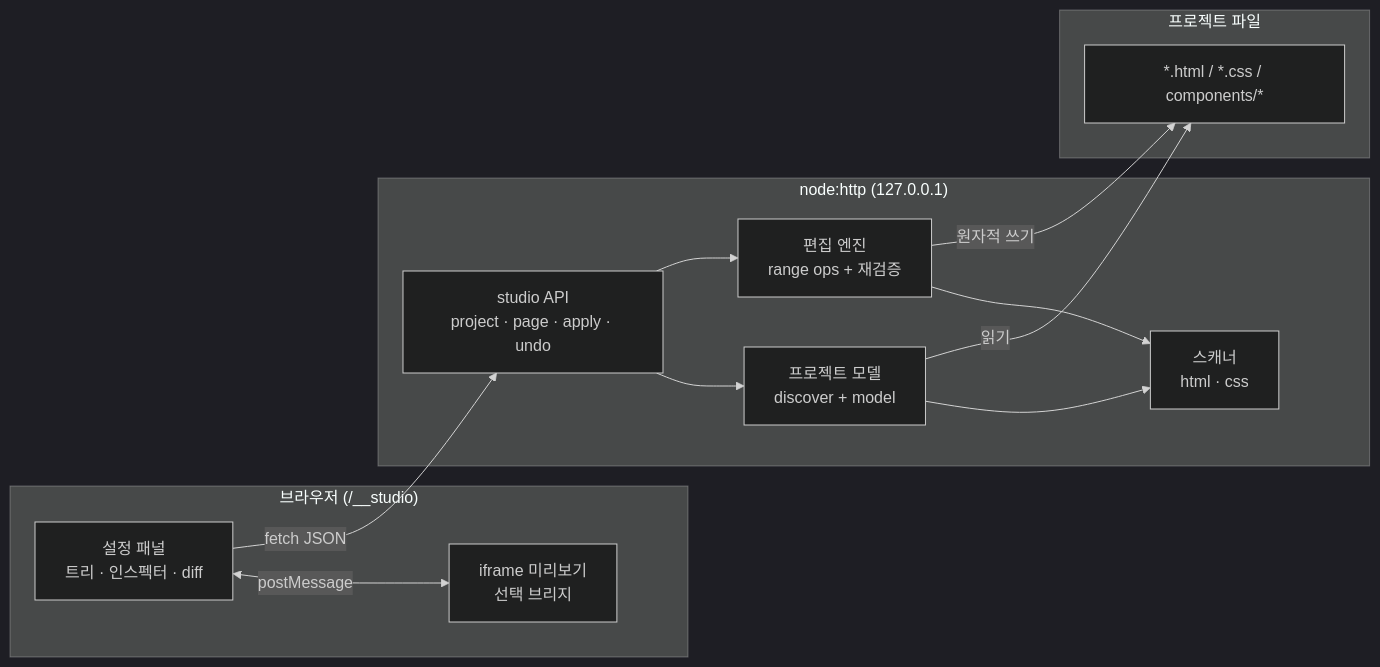
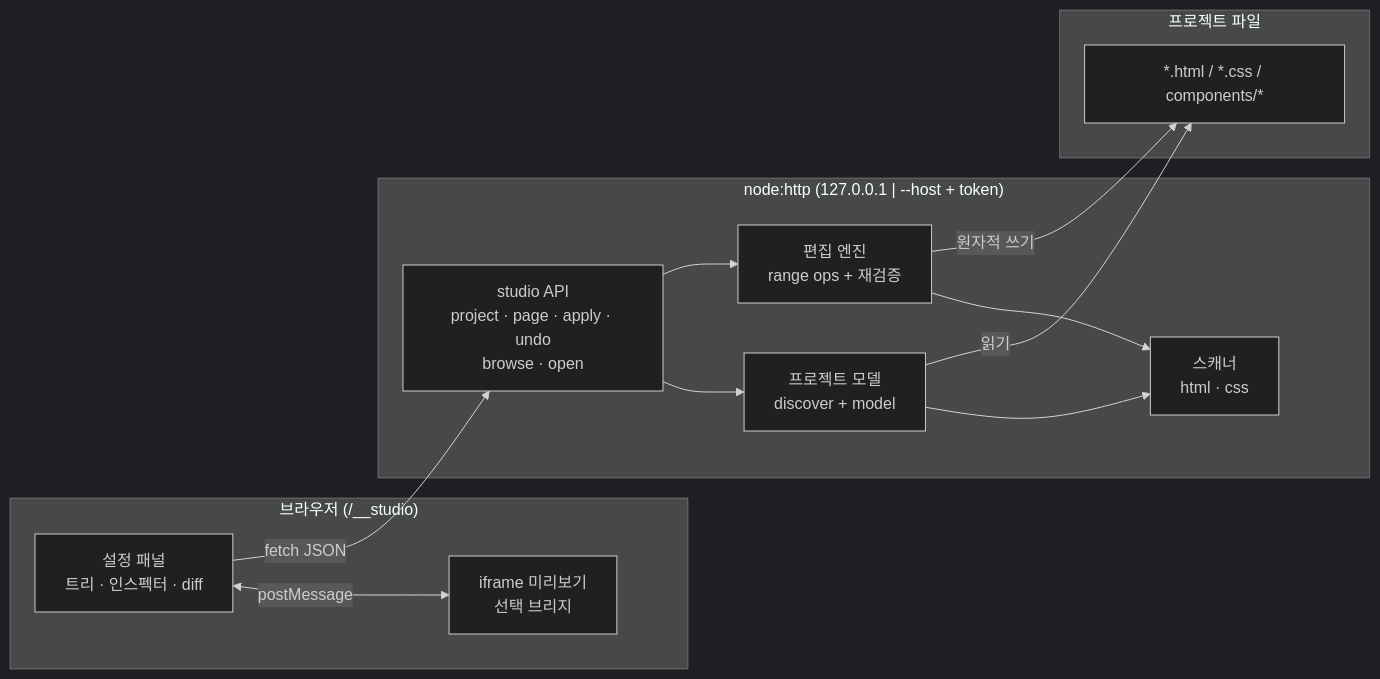
The diagram in docs/EDITOR-PLAN.md (jjigmeok-dev/web-page-helper), drawn with Mermaid (dark theme) before and after one commit. The commit also changed other lines of this file and 1 other file, not shown here.

````diff
--- a/docs/EDITOR-PLAN.md
+++ b/docs/EDITOR-PLAN.md
@@ -63,25 +64,25 @@
 ```mermaid
 flowchart LR
   subgraph browser["브라우저 (/__studio)"]
     UI["설정 패널<br/>트리 · 인스펙터 · diff"]
     IF["iframe 미리보기<br/>선택 브리지"]
     UI <-->|postMessage| IF
   end
 
-  subgraph server["node:http (127.0.0.1)"]
-    API["studio API<br/>project · page · apply · undo"]
+  subgraph server["node:http (127.0.0.1 | --host + token)"]
+    API["studio API<br/>project · page · apply · undo<br/>browse · open"]
     MODEL["프로젝트 모델<br/>discover + model"]
     EDIT["편집 엔진<br/>range ops + 재검증"]
     SCAN["스캐너<br/>html · css"]
   end
 
   subgraph disk["프로젝트 파일"]
     F["*.html / *.css / components/*"]
   end
 
   UI -->|fetch JSON| API
   API --> MODEL --> SCAN
   API --> EDIT --> SCAN
   EDIT -->|원자적 쓰기| F
   MODEL -->|읽기| F
 ```
````
